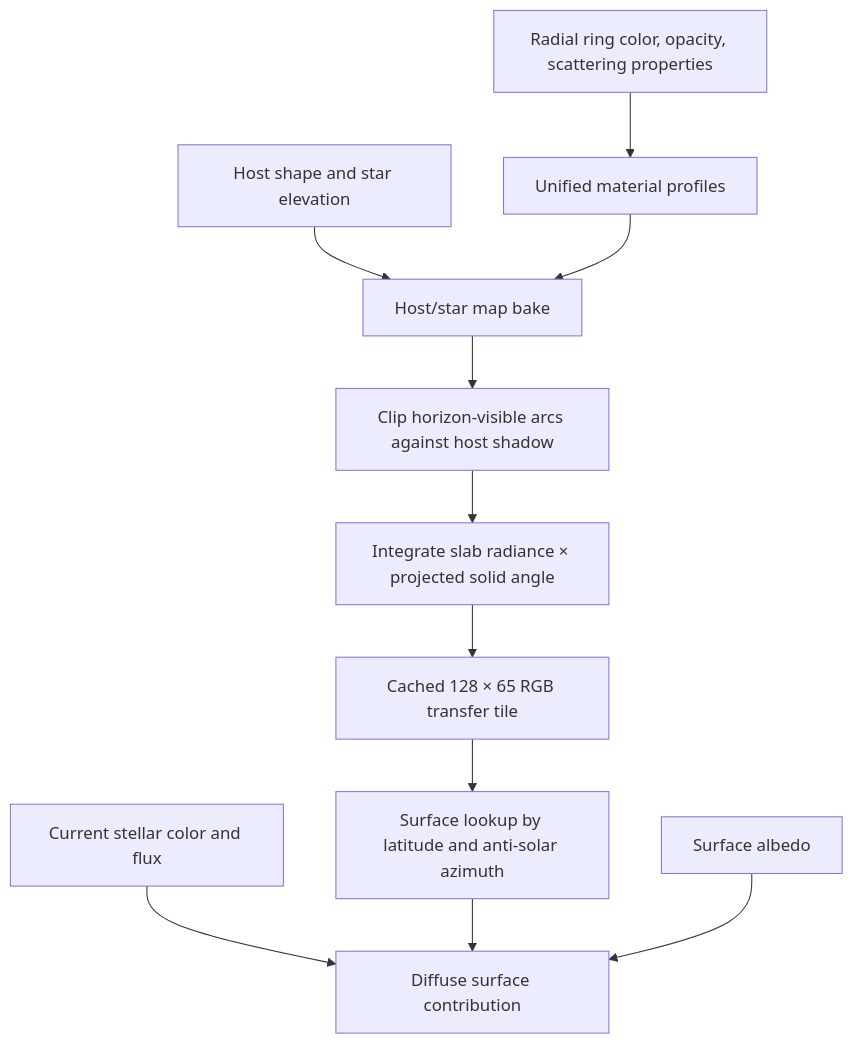
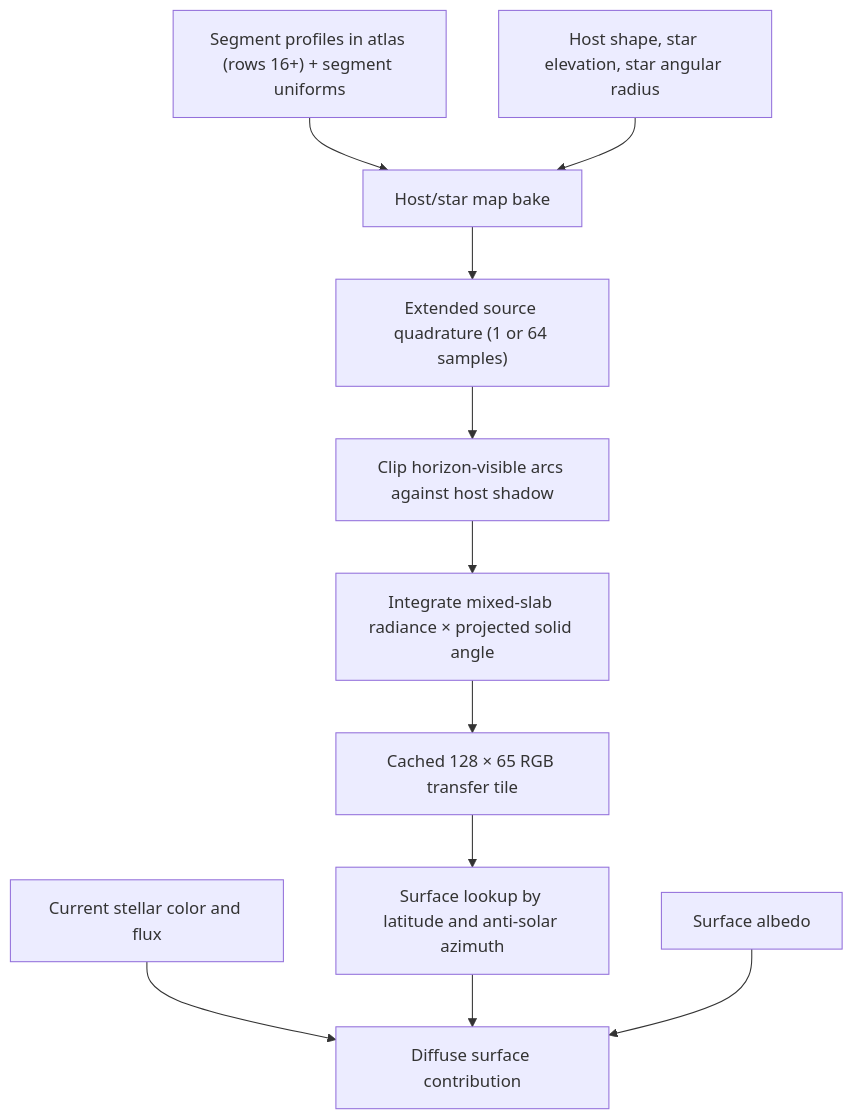
Before and after one commit to JustNoetic/Stellar-Forge: the diagram in docs/ringshine.md, drawn with Mermaid. The commit also changed other lines of this file, not shown here.

```diff
--- a/docs/ringshine.md
+++ b/docs/ringshine.md
@@ -25,13 +20,13 @@
 ~~~mermaid
 flowchart TD
-    A["Radial ring color, opacity, scattering properties"] --> C["Unified material profiles"]
-    B["Host shape and star elevation"] --> D["Host/star map bake"]
-    C --> D
-    D --> E["Clip horizon-visible arcs against host shadow"]
-    E --> F["Integrate slab radiance × projected solid angle"]
-    F --> G["Cached 128 × 65 RGB transfer tile"]
-    G --> H["Surface lookup by latitude and anti-solar azimuth"]
-    I["Current stellar color and flux"] --> J["Diffuse surface contribution"]
-    H --> J
-    K["Surface albedo"] --> J
+    A["Segment profiles in atlas (rows 16+) + segment uniforms"] --> D["Host/star map bake"]
+    B["Host shape, star elevation, star angular radius"] --> D
+    D --> E["Extended source quadrature (1 or 64 samples)"]
+    E --> F["Clip horizon-visible arcs against host shadow"]
+    F --> G["Integrate mixed-slab radiance × projected solid angle"]
+    G --> H["Cached 128 × 65 RGB transfer tile"]
+    H --> I["Surface lookup by latitude and anti-solar azimuth"]
+    J["Current stellar color and flux"] --> K["Diffuse surface contribution"]
+    I --> K
+    L["Surface albedo"] --> K
 ~~~
```
